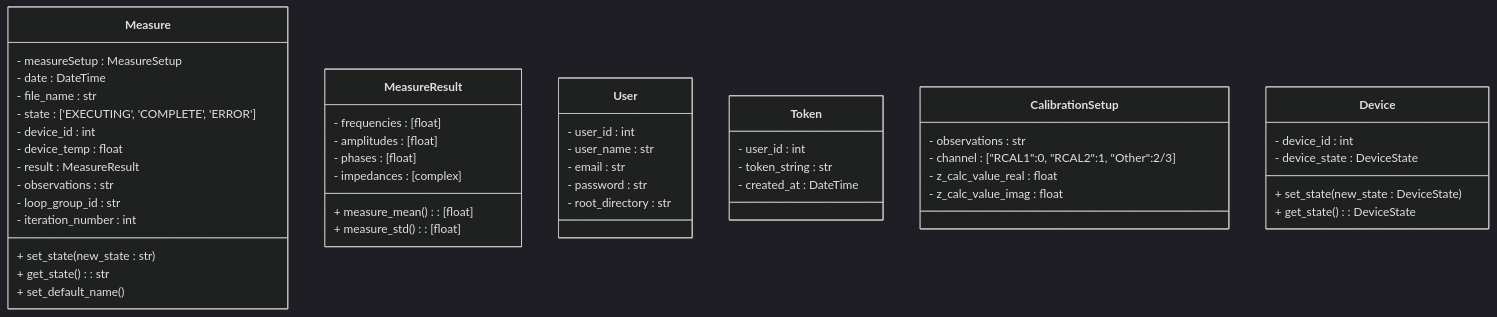
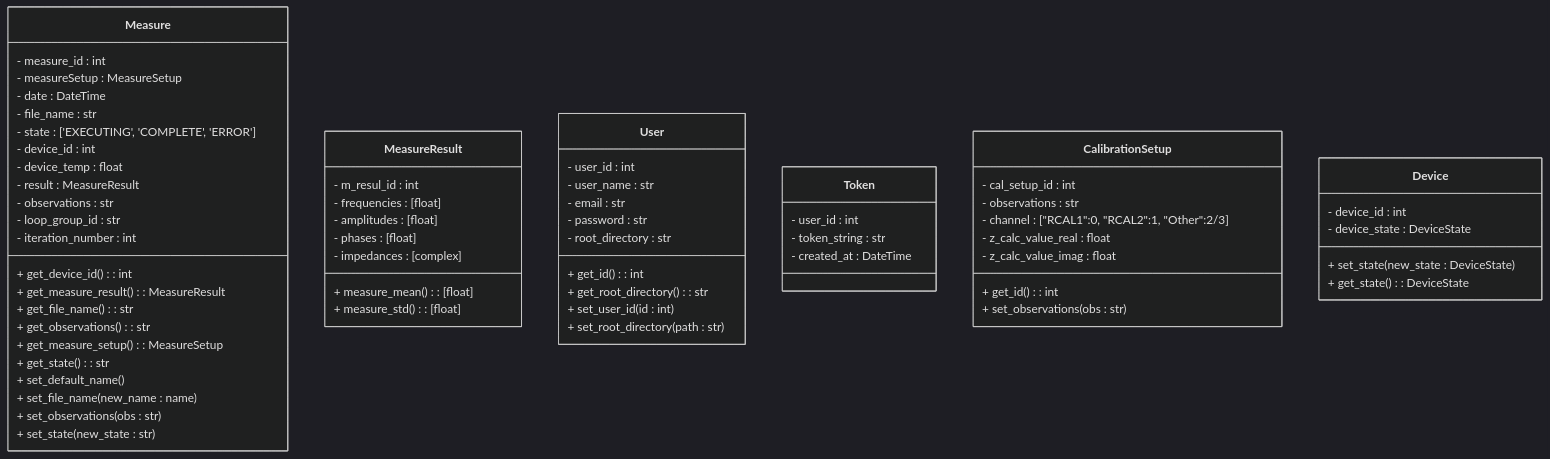
Diagram 18 of 33 in Gmini-MarkDown/Guanaco Mini.md (alegrelias/Repo-GMini), drawn with Mermaid (dark theme) before and after one commit. The commit also changed other lines of this file, not shown here.

```diff
--- a/Gmini-MarkDown/Guanaco Mini.md
+++ b/Gmini-MarkDown/Guanaco Mini.md
@@ -1687,6 +1412,7 @@
 classDiagram
 %% mediciones
 class Measure {
+	- measure_id : int
 	- measureSetup : MeasureSetup
 	- date : DateTime
 	- file_name : str
@@ -1697,12 +1423,26 @@
 	- observations : str
 	- loop_group_id : str
 	- iteration_number : int
-	+ set_state(new_state : str)
+	  
+	%% getters
+	+ get_device_id() : int
+	+ get_measure_result() : MeasureResult
+	+ get_file_name() : str
+	+ get_observations() : str
+	+ get_measure_setup() : MeasureSetup
+	
 	+ get_state() : str
 	+ set_default_name()
+	
+	%% setters
+	+ set_file_name(new_name : name)
+	+ set_observations(obs : str)
+	+ set_state(new_state : str)
+
 }
 
 class MeasureResult{
+	- m_resul_id : int
 	- frequencies : [float]
 	- amplitudes : [float]
 	- phases : [float]
@@ -1720,7 +1460,13 @@
 	- email : str
 	- password : str
 	- root_directory : str
+	%% getters
+	+ get_id() : int
+	+ get_root_directory() : str
 	
+	%% setters
+	+ set_user_id(id : int)
+	+ set_root_directory(path : str)
 }
 
 class Token {
@@ -1731,10 +1477,16 @@
 
 %% conexion y calibracion
 class CalibrationSetup{
+	- cal_setup_id : int
 	- observations : str
 	- channel : ["RCAL1":0, "RCAL2":1, "Other":2/3]
 	- z_calc_value_real : float
 	- z_calc_value_imag : float
+	%% getters
+	+ get_id() : int
+	
+	%% setters
+	+ set_observations(obs : str)
 }
 
 class Device{
```
